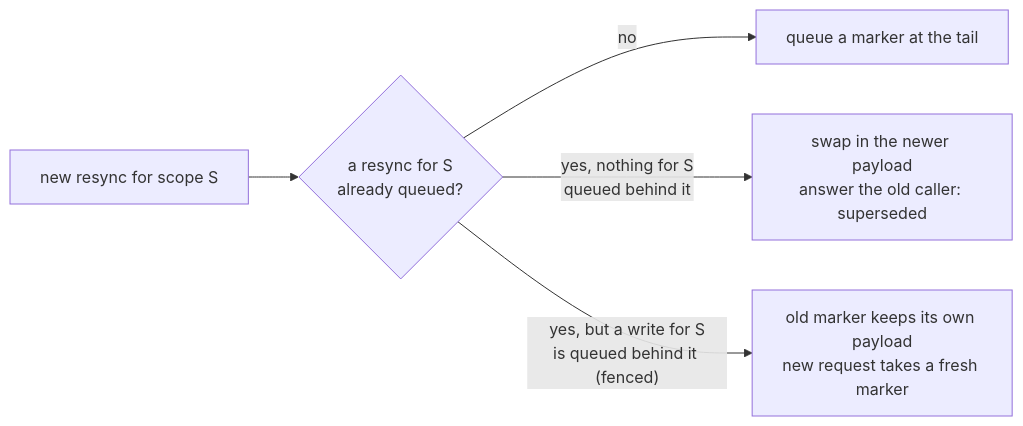
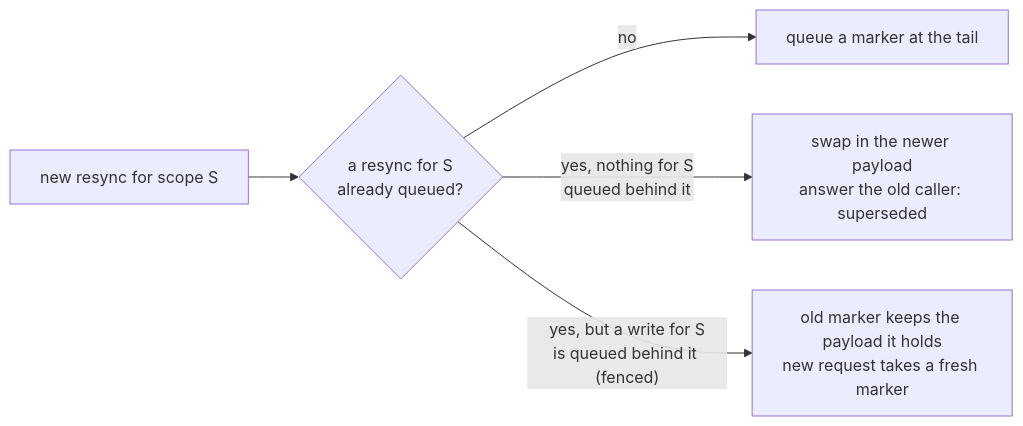
One commit to ConfigButler/gitops-reverser changed the fifth of 12 diagrams in docs/design/event-pipeline-overview.md. Above: the diagram before and after it, drawn with Mermaid. The commit also changed other lines of this file, not shown here.

````diff
--- a/docs/design/event-pipeline-overview.md
+++ b/docs/design/event-pipeline-overview.md
@@ -211,7 +221,7 @@
 ```mermaid
 flowchart LR
     N["new resync for scope S"] --> Q{"a resync for S<br/>already queued?"}
     Q -- "no" --> M["queue a marker at the tail"]
     Q -- "yes, nothing for S<br/>queued behind it" --> SW["swap in the newer payload<br/>answer the old caller: superseded"]
-    Q -- "yes, but a write for S<br/>is queued behind it (fenced)" --> REL["old marker keeps its own payload<br/>new request takes a fresh marker"]
+    Q -- "yes, but a write for S<br/>is queued behind it (fenced)" --> REL["old marker keeps the payload it holds<br/>new request takes a fresh marker"]
 ```
````
